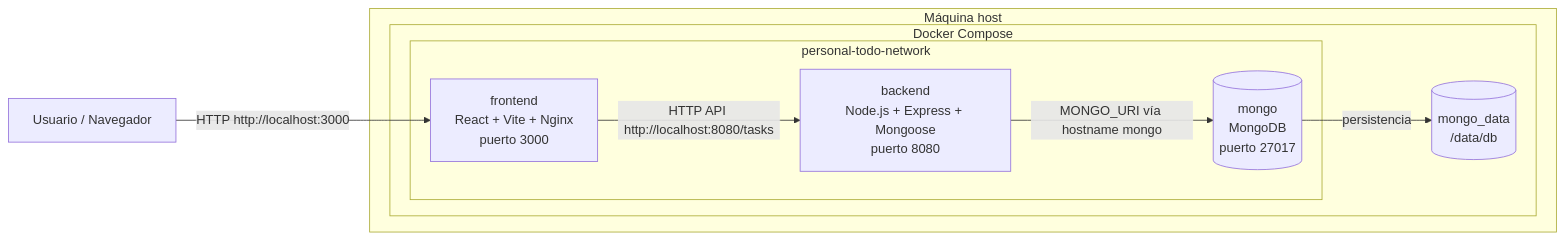
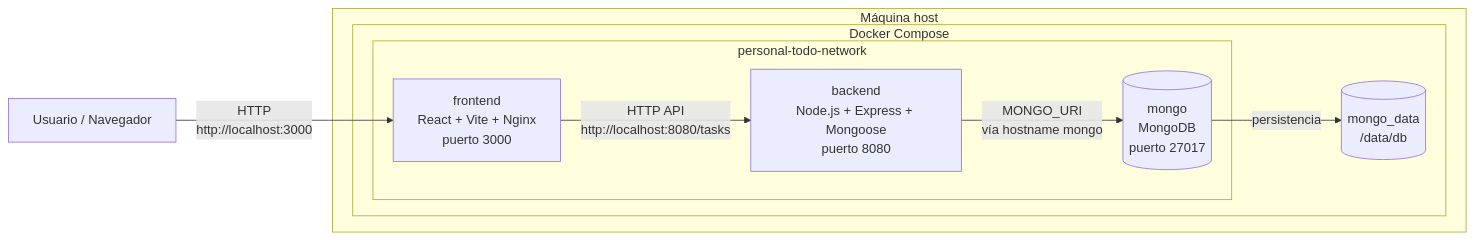
One commit to Personal-Challenge/.github changed the diagram in profile/README.md. Above: the diagram before and after it, drawn with Mermaid.

Commit message:
Improve formatting in README for Docker services
Updated README to improve formatting and readability of service descriptions.

````diff
--- a/profile/README.md
+++ b/profile/README.md
@@ -16,21 +16,20 @@
 ```mermaid
 flowchart LR
     user[Usuario / Navegador]
 
     subgraph host[Máquina host]
         subgraph compose[Docker Compose]
             subgraph network[personal-todo-network]
-                frontend[frontend\nReact + Vite + Nginx\npuerto 3000]
-                backend[backend\nNode.js + Express + Mongoose\npuerto 8080]
-                mongo[(mongo\nMongoDB\npuerto 27017)]
+                frontend[frontend<br/>React + Vite + Nginx<br/>puerto 3000]
+                backend[backend<br/>Node.js + Express + Mongoose<br/>puerto 8080]
+                mongo[(mongo<br/>MongoDB<br/>puerto 27017)]
             end
 
-            volume[(mongo_data\n/data/db)]
+            volume[(mongo_data<br/>/data/db)]
         end
     end
-
-    user -->|HTTP http://localhost:3000| frontend
-    frontend -->|HTTP API http://localhost:8080/tasks| backend
-    backend -->|MONGO_URI vía hostname mongo| mongo
+    user -->|HTTP<br/>http://localhost:3000| frontend
+    frontend -->|HTTP API<br/>http://localhost:8080/tasks| backend
+    backend -->|MONGO_URI<br/>vía hostname mongo| mongo
     mongo -->|persistencia| volume
 ```
````
